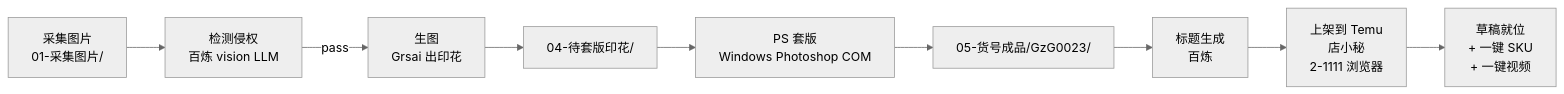
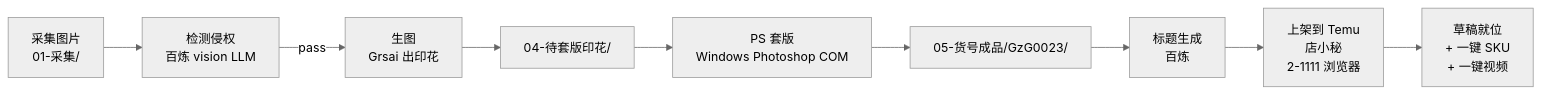
Before and after one commit to axgiroud312-byte/tengyu-aipod: the third of 4 diagrams in docs/PROJECT_TOUR.md, drawn with Mermaid (neutral theme). The commit also changed other lines of this file and 6 other files, not shown here.

````diff
--- a/docs/PROJECT_TOUR.md
+++ b/docs/PROJECT_TOUR.md
@@ -222,11 +222,11 @@
 ```mermaid
 flowchart LR
-    A[采集图片<br/>01-采集图片/] --> B[检测侵权<br/>百炼 vision LLM]
+    A[采集图片<br/>01-采集/] --> B[检测侵权<br/>百炼 vision LLM]
     B -->|pass| C[生图<br/>Grsai 出印花]
     C --> D[04-待套版印花/]
     D --> E[PS 套版<br/>Windows Photoshop COM]
     E --> F[05-货号成品/GzG0023/]
     F --> G[标题生成<br/>百炼]
     G --> H[上架到 Temu<br/>店小秘<br/>2-1111 浏览器]
     H --> I[草稿就位<br/>+ 一键 SKU<br/>+ 一键视频]
 ```
````
